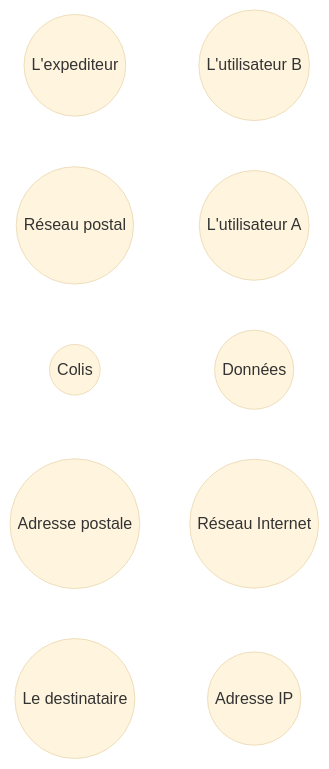
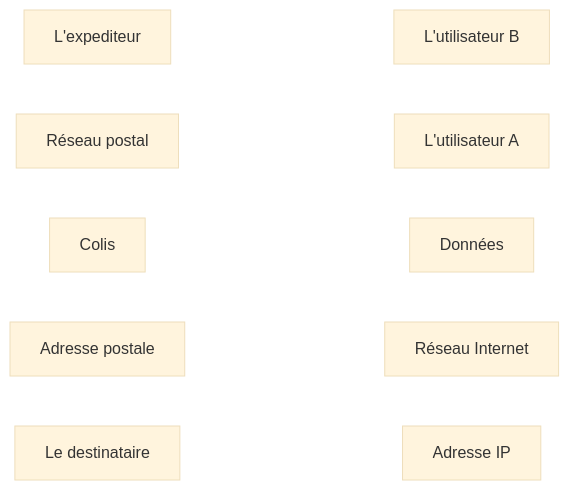
One commit to boddaert/snt changed the diagram in seconde/Internet/Adresses_IP.md. Above: the diagram before and after it, drawn with Mermaid (base theme).

````diff
--- a/seconde/Internet/Adresses_IP.md
+++ b/seconde/Internet/Adresses_IP.md
@@ -29,18 +29,18 @@
 ```mermaid
 flowchart LR
-    A((L'expediteur))
-    B((L'utilisateur B))
-    C((Réseau postal))
-    D((L'utilisateur A))
-    E((Colis))
-    F((Données))
-    G((Adresse postale))
-    H((Réseau Internet))
-    I((Le destinataire))
-    J((Adresse IP))
-    A ~~~ B 
-    C ~~~ D
-    E ~~~ F
-    G ~~~ H
-    I ~~~ J
+    A[L'expediteur]
+    B[L'utilisateur B]
+    C[Réseau postal]
+    D[L'utilisateur A]
+    E[Colis]
+    F[Données]
+    G[Adresse postale]
+    H[Réseau Internet]
+    I[Le destinataire]
+    J[Adresse IP]
+    A ~~~~~~ B 
+    C ~~~~~~ D
+    E ~~~~~~ F
+    G ~~~~~~ H
+    I ~~~~~~ J
 ```
````
